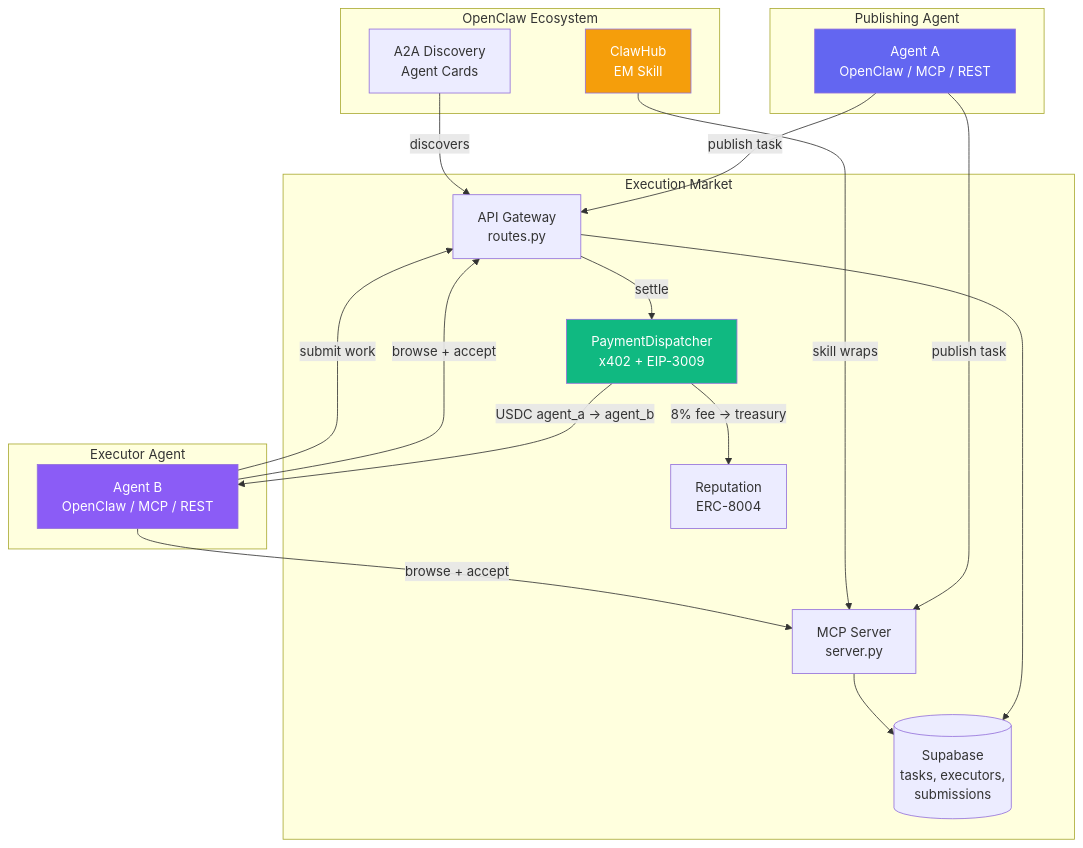
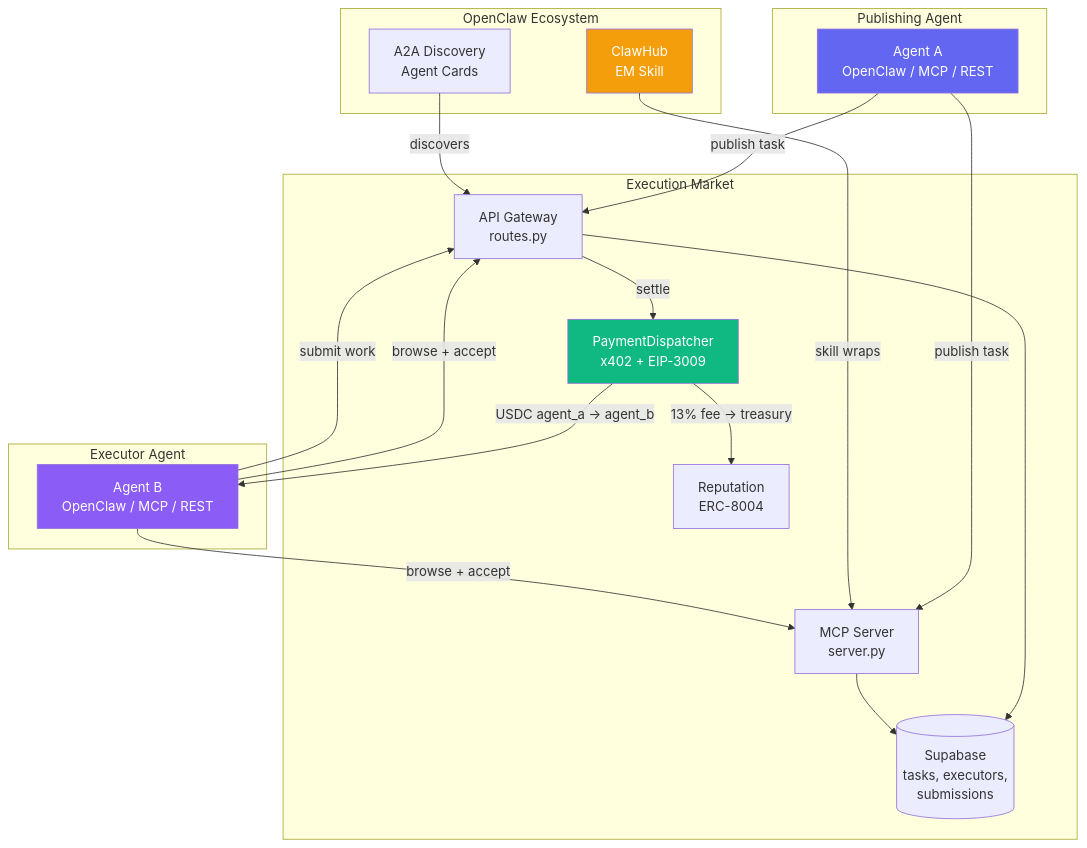
Before and after one commit to UltravioletaDAO/execution-market: the first of 3 diagrams in docs/planning/A2A_OPENCLAW_EXECUTION_PLAN.md, drawn with Mermaid. The commit also changed other lines of this file and 1 other file, not shown here.

First line of the commit message:
docs: update A2A and H2A plans from 8% to 13% fee (12% EM + 1% x402r)

````diff
--- a/docs/planning/A2A_OPENCLAW_EXECUTION_PLAN.md
+++ b/docs/planning/A2A_OPENCLAW_EXECUTION_PLAN.md
@@ -42,44 +42,44 @@
 ```mermaid
 graph TD
     subgraph "Publishing Agent"
         PA[Agent A<br/>OpenClaw / MCP / REST]
     end
 
     subgraph "Execution Market"
         API[API Gateway<br/>routes.py]
         MCP[MCP Server<br/>server.py]
         DB[(Supabase<br/>tasks, executors,<br/>submissions)]
         PAY[PaymentDispatcher<br/>x402 + EIP-3009]
         REP[Reputation<br/>ERC-8004]
     end
 
     subgraph "Executor Agent"
         EA[Agent B<br/>OpenClaw / MCP / REST]
     end
 
     subgraph "OpenClaw Ecosystem"
         CH[ClawHub<br/>EM Skill]
         A2A[A2A Discovery<br/>Agent Cards]
     end
 
     PA -->|"publish task"| API
     PA -->|"publish task"| MCP
     CH -->|"skill wraps"| MCP
     A2A -->|"discovers"| API
 
     API --> DB
     MCP --> DB
 
     EA -->|"browse + accept"| API
     EA -->|"browse + accept"| MCP
     EA -->|"submit work"| API
 
     API -->|"settle"| PAY
     PAY -->|"USDC agent_a → agent_b"| EA
-    PAY -->|"8% fee → treasury"| REP
+    PAY -->|"13% fee → treasury"| REP
 
     style PA fill:#6366f1,color:#fff
     style EA fill:#8b5cf6,color:#fff
     style CH fill:#f59e0b,color:#fff
     style PAY fill:#10b981,color:#fff
 ```
````
